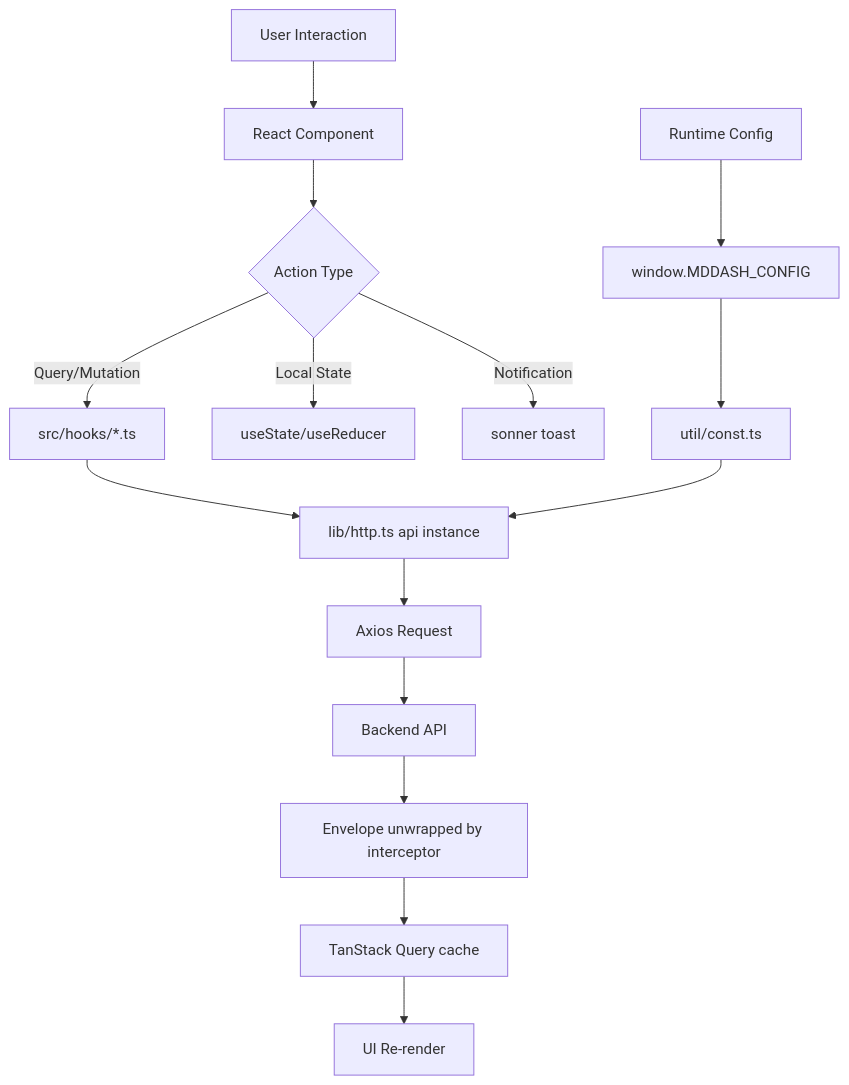
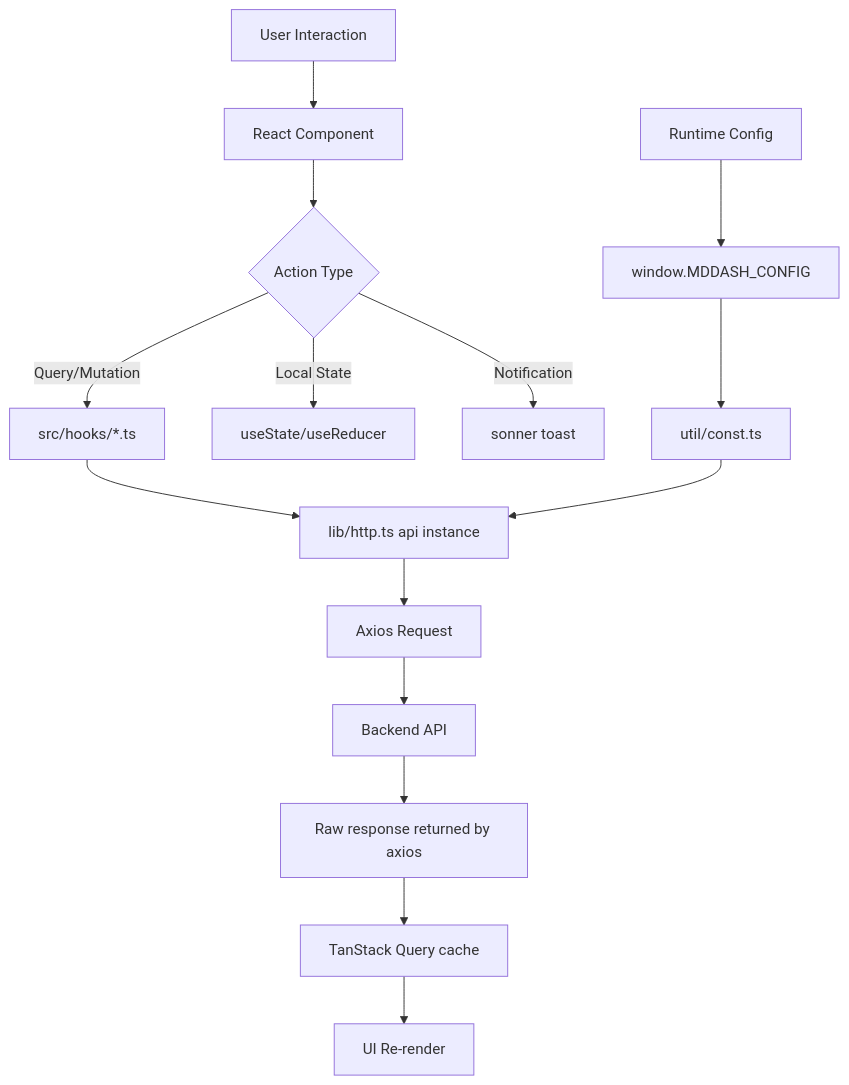
The diagram in dashboard/ui/AGENTS.md (CERIT-SC/mddash), drawn with Mermaid before and after one commit. The commit also changed other lines of this file and 5 other files, not shown here.

Commit message:
docs: update AGENTS.md and README for AMBER support and latest architecture clarifications

````diff
--- a/dashboard/ui/AGENTS.md
+++ b/dashboard/ui/AGENTS.md
@@ -41,17 +41,17 @@
 ```mermaid
 graph TD
     A[User Interaction] --> B[React Component]
     B --> C{Action Type}
     C -->|Query/Mutation| D[src/hooks/*.ts]
     C -->|Local State| E[useState/useReducer]
     C -->|Notification| F[sonner toast]
     D --> G[lib/http.ts api instance]
     G --> H[Axios Request]
     H --> I[Backend API]
-    I --> J[Envelope unwrapped by interceptor]
+    I --> J[Raw response returned by axios]
     J --> K[TanStack Query cache]
     K --> L[UI Re-render]
     M[Runtime Config] --> N[window.MDDASH_CONFIG]
     N --> O[util/const.ts]
     O --> G
 ```
````
